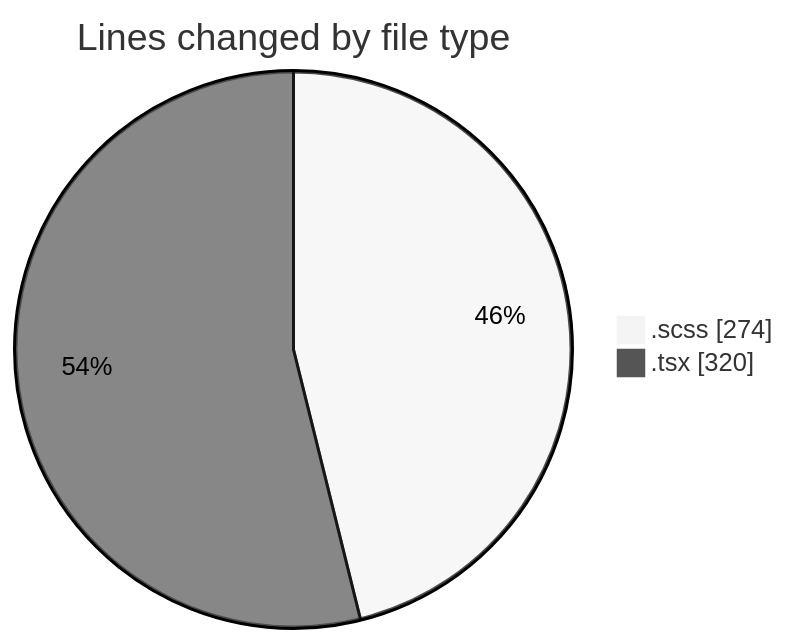
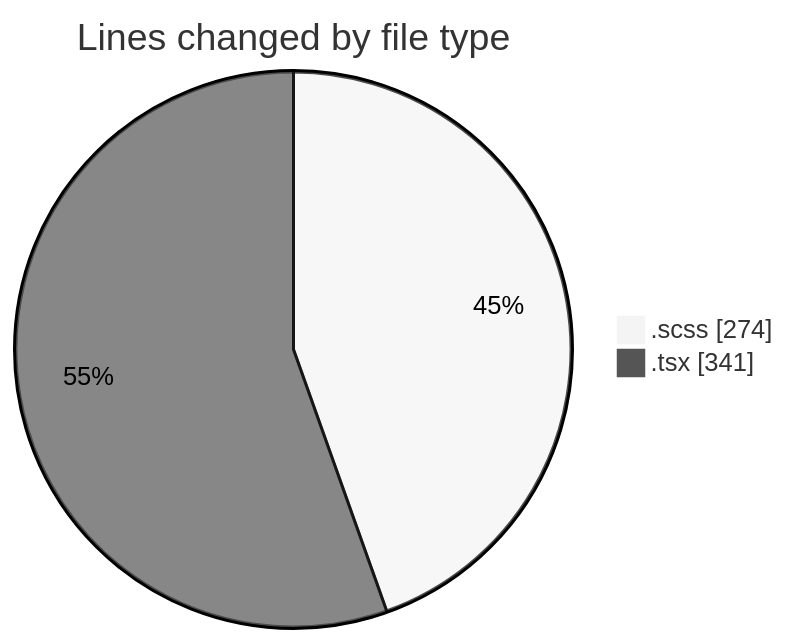
One commit to momahboobian/code-tracking changed the first of 2 diagrams in 2025-03-04/cda/README.md. Above: the diagram before and after it, drawn with Mermaid (neutral theme). The commit also changed other lines of this file and 1 other file, not shown here.

````diff
--- a/2025-03-04/cda/README.md
+++ b/2025-03-04/cda/README.md
@@ -24,6 +24,6 @@
 ```mermaid
 pie showData
 title Lines changed by file type
 ".scss" : 274
-".tsx" : 320
+".tsx" : 341
 ```
````
